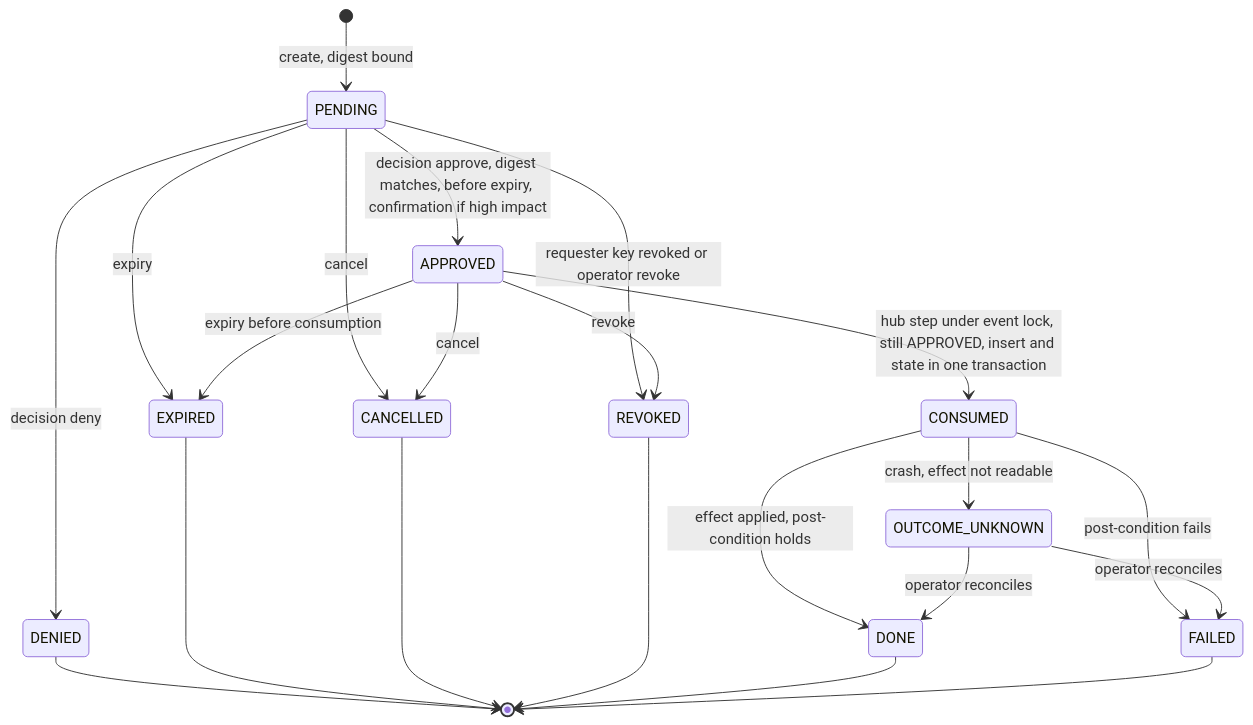
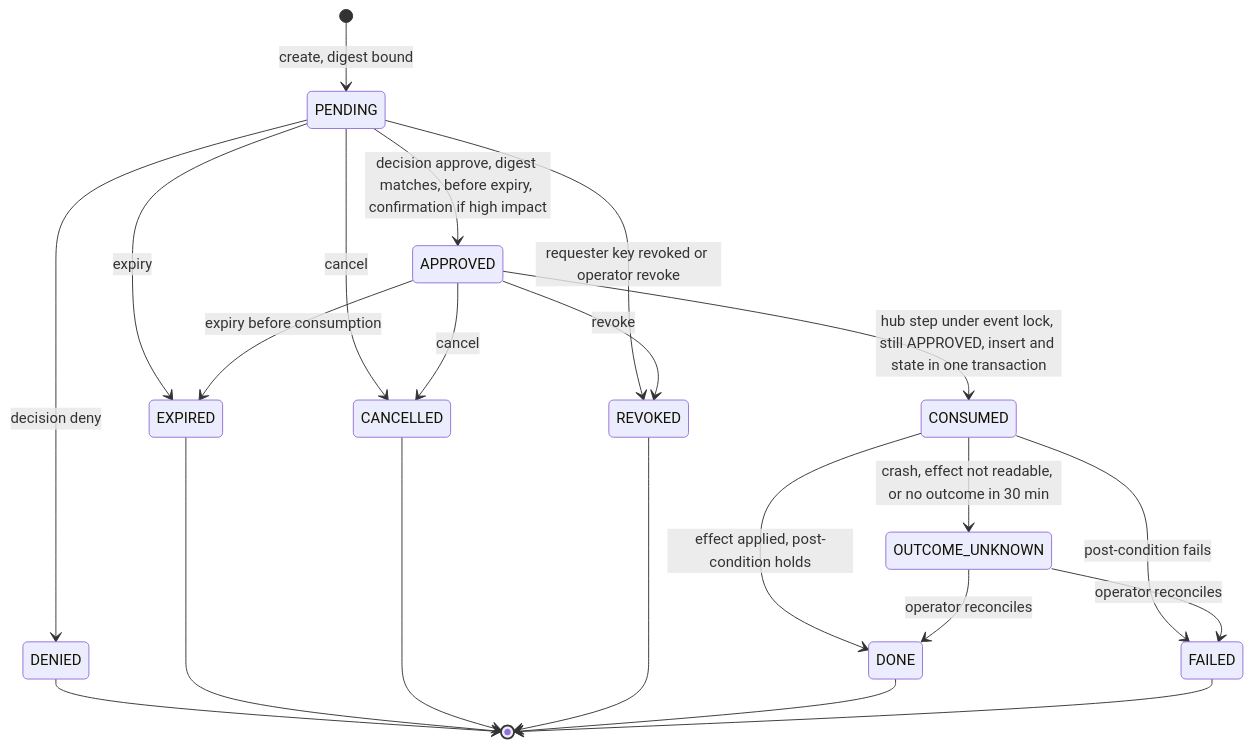
One commit to DimitriGeelen/termlink changed the first of 4 diagrams in docs/design/interactive-agent-communication-06b-pseudo-code-later-phases.md. Above: the diagram before and after it, drawn with Mermaid. The commit also changed other lines of this file and 1 other file, not shown here.

````diff
--- a/docs/design/interactive-agent-communication-06b-pseudo-code-later-phases.md
+++ b/docs/design/interactive-agent-communication-06b-pseudo-code-later-phases.md
@@ -480,24 +493,24 @@
 ```mermaid
 stateDiagram-v2
   [*] --> PENDING: create, digest bound
   PENDING --> APPROVED: decision approve, digest matches, before expiry, confirmation if high impact
   PENDING --> DENIED: decision deny
   PENDING --> EXPIRED: expiry
   PENDING --> CANCELLED: cancel
   PENDING --> REVOKED: requester key revoked or operator revoke
   APPROVED --> CONSUMED: hub step under event lock, still APPROVED, insert and state in one transaction
   APPROVED --> EXPIRED: expiry before consumption
   APPROVED --> CANCELLED: cancel
   APPROVED --> REVOKED: revoke
   CONSUMED --> DONE: effect applied, post-condition holds
   CONSUMED --> FAILED: post-condition fails
-  CONSUMED --> OUTCOME_UNKNOWN: crash, effect not readable
+  CONSUMED --> OUTCOME_UNKNOWN: crash, effect not readable, or no outcome in 30 min
   OUTCOME_UNKNOWN --> DONE: operator reconciles
   OUTCOME_UNKNOWN --> FAILED: operator reconciles
   DENIED --> [*]
   EXPIRED --> [*]
   CANCELLED --> [*]
   REVOKED --> [*]
   DONE --> [*]
   FAILED --> [*]
 ```
````
